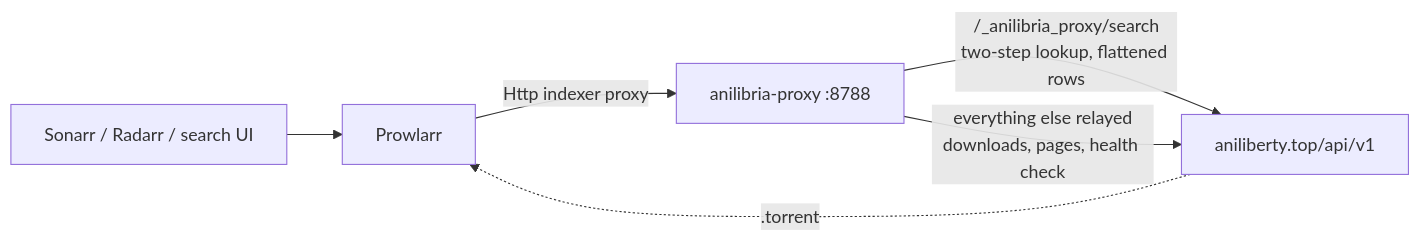
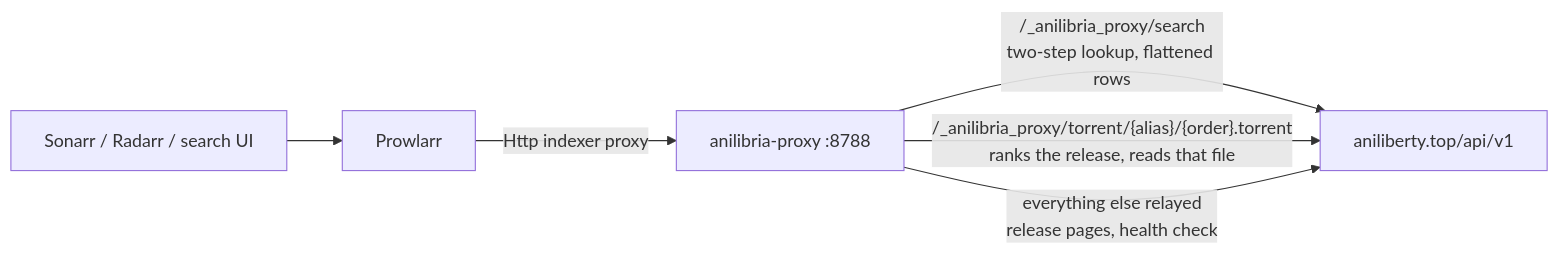
The diagram in README.md (zxibizz/prowlarr_anilibria_indexer), drawn with Mermaid before and after one commit. The commit also changed other lines of this file and 4 other files, not shown here.

````diff
--- a/README.md
+++ b/README.md
@@ -48,12 +48,12 @@
 ```mermaid
 flowchart LR
     S["Sonarr / Radarr / search UI"]
     P["Prowlarr"]
     X["anilibria-proxy :8788"]
 
     S --> P
     P -->|"Http indexer proxy"| X
     X -->|"/_anilibria_proxy/search<br/>two-step lookup, flattened rows"| A["aniliberty.top/api/v1"]
-    X -->|"everything else relayed<br/>downloads, pages, health check"| A
-    A -.->|".torrent"| P
+    X -->|"/_anilibria_proxy/torrent/{alias}/{order}.torrent<br/>ranks the release, reads that file"| A
+    X -->|"everything else relayed<br/>release pages, health check"| A
 ```
````
